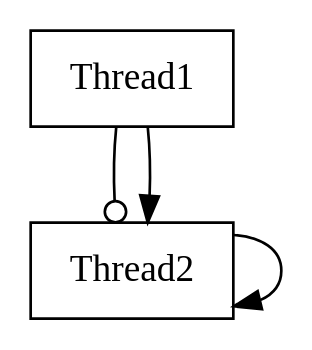
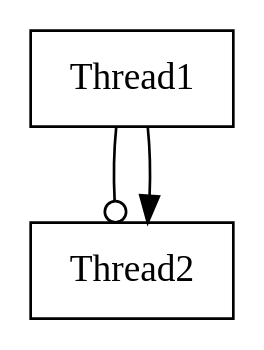
One commit to v4o6/cs410 changed the diagram in view/graph002.dot. Above: the diagram before and after it, drawn with Graphviz. The commit also changed 20 other files, not shown here.

```diff
--- a/view/graph002.dot
+++ b/view/graph002.dot
@@ -1,9 +1,8 @@
 digraph G {
 graph[page="8,10"];
 graph[center=1];
 Thread1 [shape=box,color=black];
 Thread1 -> Thread2 [arrowhead=odot];
 Thread1 -> Thread2 [arrowhead=normal];
 Thread2 [shape=box,color=black];
-Thread2 -> Thread2 [arrowhead=normal];
 }
```
